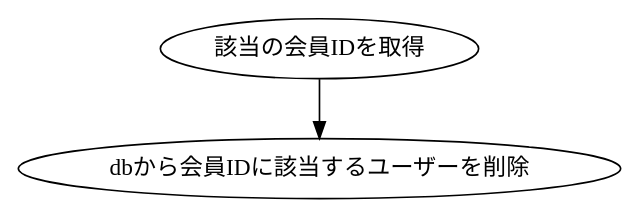
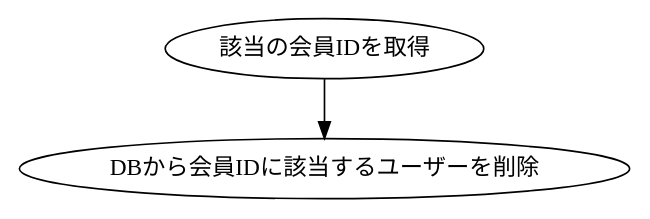
The diagram in dot/sato/AdminDeleteAccount.dot (KUT-Group12/internal_design), drawn with Graphviz before and after one commit. The commit also changed 12 other files, not shown here.

```diff
--- a/dot/sato/AdminDeleteAccount.dot
+++ b/dot/sato/AdminDeleteAccount.dot
@@ -1,9 +1,9 @@
 digraph G {
     #include "style.doth"
 
     get[label = "該当の会員IDを取得"]
-    delete[label = "dbから会員IDに該当するユーザーを削除"]
+    delete[label = "DBから会員IDに該当するユーザーを削除"]
 
-    
+
     get -> delete
 }
```
